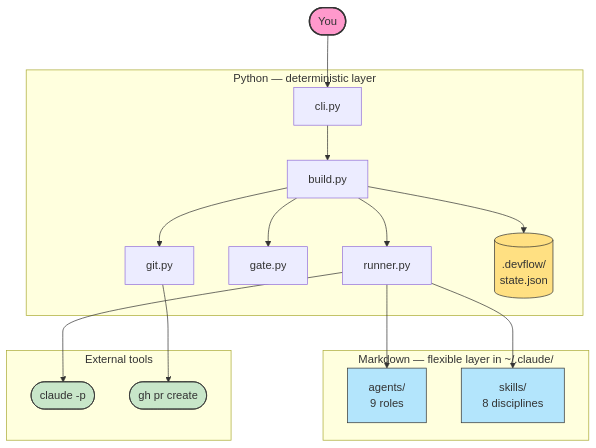
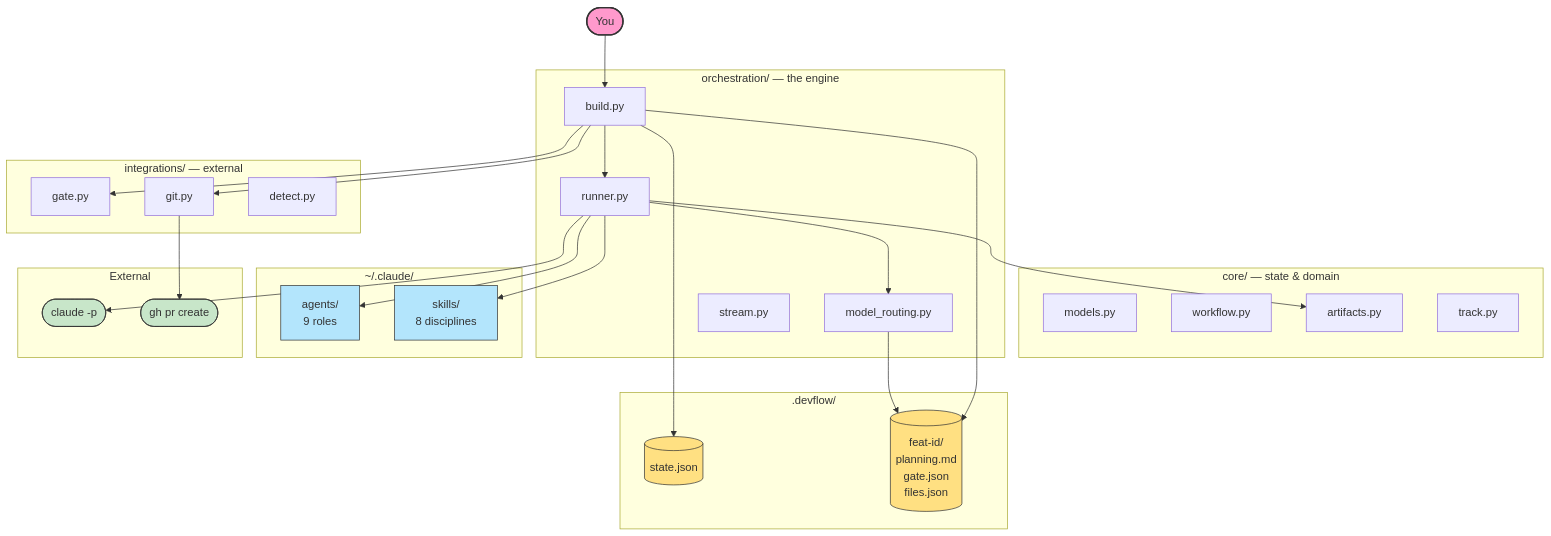
One commit to justineraze/devflow-ai changed the first of 2 diagrams in README.md. Above: the diagram before and after it, drawn with Mermaid. The commit also changed other lines of this file and 1 other file, not shown here.

First line of the commit message:
docs: document artifact layer, routing, auto-retry

````diff
--- a/README.md
+++ b/README.md
@@ -89,43 +89,62 @@
 ```mermaid
 flowchart TB
     YOU([You])
 
-    subgraph CORE[Python — deterministic layer]
-        CLI[cli.py]
+    subgraph CORE[core/ — state & domain]
+        MODELS[models.py]
+        WORKFLOW[workflow.py]
+        ARTIFACTS[artifacts.py]
+        TRACK[track.py]
+    end
+
+    subgraph ORCH[orchestration/ — the engine]
         BUILD[build.py]
         RUNNER[runner.py]
+        ROUTING[model_routing.py]
+        STREAM[stream.py]
+    end
+
+    subgraph INTEG[integrations/ — external]
         GATE[gate.py]
         GIT[git.py]
-        STATE[(.devflow/<br>state.json)]
+        DETECT[detect.py]
     end
 
-    subgraph ASSETS[Markdown — flexible layer in ~/.claude/]
+    subgraph STATE_DIR[".devflow/"]
+        STATE[(state.json)]
+        FEATART[(feat-id/<br>planning.md<br>gate.json<br>files.json)]
+    end
+
+    subgraph ASSETS[~/.claude/]
         AGENTS[agents/<br>9 roles]
         SKILLS[skills/<br>8 disciplines]
     end
 
-    subgraph TOOLS[External tools]
+    subgraph TOOLS[External]
         CLAUDE([claude -p])
         GH([gh pr create])
     end
 
-    YOU --> CLI
-    CLI --> BUILD
+    YOU --> BUILD
     BUILD --> RUNNER
     BUILD --> GIT
+    BUILD --> GATE
     BUILD --> STATE
+    BUILD --> FEATART
+    RUNNER --> ROUTING
+    RUNNER --> ARTIFACTS
     RUNNER --> CLAUDE
     RUNNER --> AGENTS
     RUNNER --> SKILLS
+    ROUTING --> FEATART
     GIT --> GH
-    BUILD --> GATE
 
     classDef user fill:#f9c,stroke:#333,stroke-width:2px
     classDef data fill:#ffe082,stroke:#333
     classDef md fill:#b3e5fc,stroke:#333
     classDef ext fill:#c8e6c9,stroke:#333
     class YOU user
-    class STATE data
+    class STATE,FEATART data
     class AGENTS,SKILLS md
     class CLAUDE,GH ext
 ```
````
